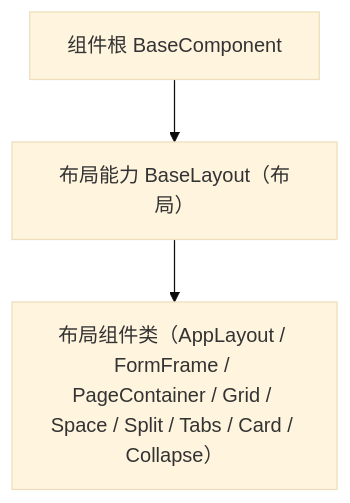
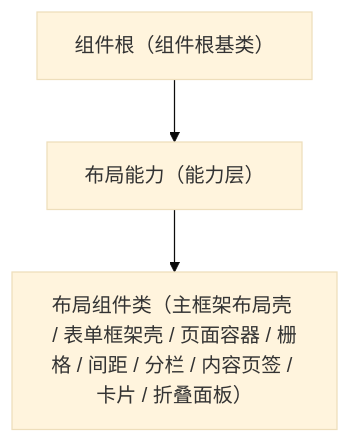
Before and after one commit to minjian123/basic-management-system: the diagram in bms文档/设计/组件设计/02_基础组件类/02_能力类/07_组件设计_布局能力/07_组件设计_布局能力.md, drawn with Mermaid (base theme). The commit also changed other lines of this file and 238 other files, not shown here.

````diff
--- a/bms文档/设计/组件设计/02_基础组件类/02_能力类/07_组件设计_布局能力/07_组件设计_布局能力.md
+++ b/bms文档/设计/组件设计/02_基础组件类/02_能力类/07_组件设计_布局能力/07_组件设计_布局能力.md
@@ -15,5 +16,5 @@
 ```mermaid
 flowchart TD
-    COMP["组件根 BaseComponent"] --> LAY["布局能力 BaseLayout（布局）"]
-    LAY --> L["布局组件类（AppLayout / FormFrame / PageContainer / Grid / Space / Split / Tabs / Card / Collapse）"]
+    COMP["组件根（组件根基类）"] --> LAY["布局能力（能力层）"]
+    LAY --> L["布局组件类（主框架布局壳 / 表单框架壳 / 页面容器 / 栅格 / 间距 / 分栏 / 内容页签 / 卡片 / 折叠面板）"]
 ```
````
